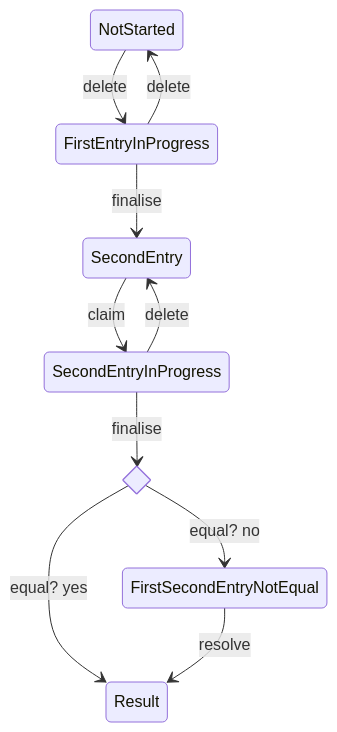
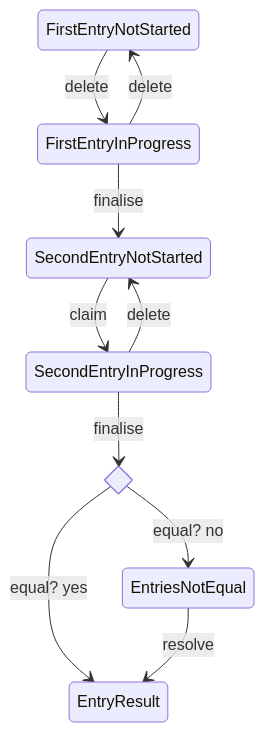
Before and after one commit to kiesraad/abacus: the diagram in documentatie/flowcharts/data-entry-state.md, drawn with Mermaid. The commit also changed other lines of this file and 1 other file, not shown here.

````diff
--- a/documentatie/flowcharts/data-entry-state.md
+++ b/documentatie/flowcharts/data-entry-state.md
@@ -7,17 +7,17 @@
 ```mermaid
 stateDiagram
-NotStarted --> FirstEntryInProgress: delete
+FirstEntryNotStarted --> FirstEntryInProgress: delete
 #FirstEntryInProgress --> FirstEntryInProgress: save
-FirstEntryInProgress --> SecondEntry: finalise
-FirstEntryInProgress --> NotStarted: delete
-SecondEntry --> SecondEntryInProgress: claim
+FirstEntryInProgress --> SecondEntryNotStarted: finalise
+FirstEntryInProgress --> FirstEntryNotStarted: delete
+SecondEntryNotStarted --> SecondEntryInProgress: claim
 #SecondEntryInProgress --> SecondEntryInProgress: save
 state is_equal <<choice>>
-is_equal --> Result: equal? yes
-is_equal --> FirstSecondEntryNotEqual: equal? no
+is_equal --> EntryResult: equal? yes
+is_equal --> EntriesNotEqual: equal? no
 SecondEntryInProgress --> is_equal: finalise
-SecondEntryInProgress --> SecondEntry: delete
-#FirstSecondEntryNotEqual --> FirstSecondEntryNotEqual: save
-# Will be Implemented in #130: FirstSecondEntryNotEqual --> NotStarted: delete
-FirstSecondEntryNotEqual --> Result: resolve
+SecondEntryInProgress --> SecondEntryNotStarted: delete
+#EntriesNotEqual --> EntriesNotEqual: save
+# Will be Implemented in #130: EntriesNotEqual --> NotStarted: delete
+EntriesNotEqual --> EntryResult: resolve
 ```
````
